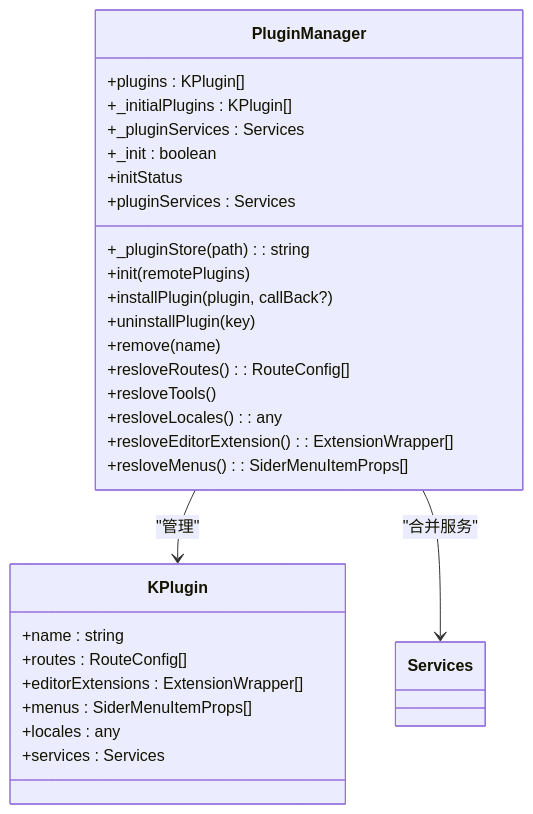
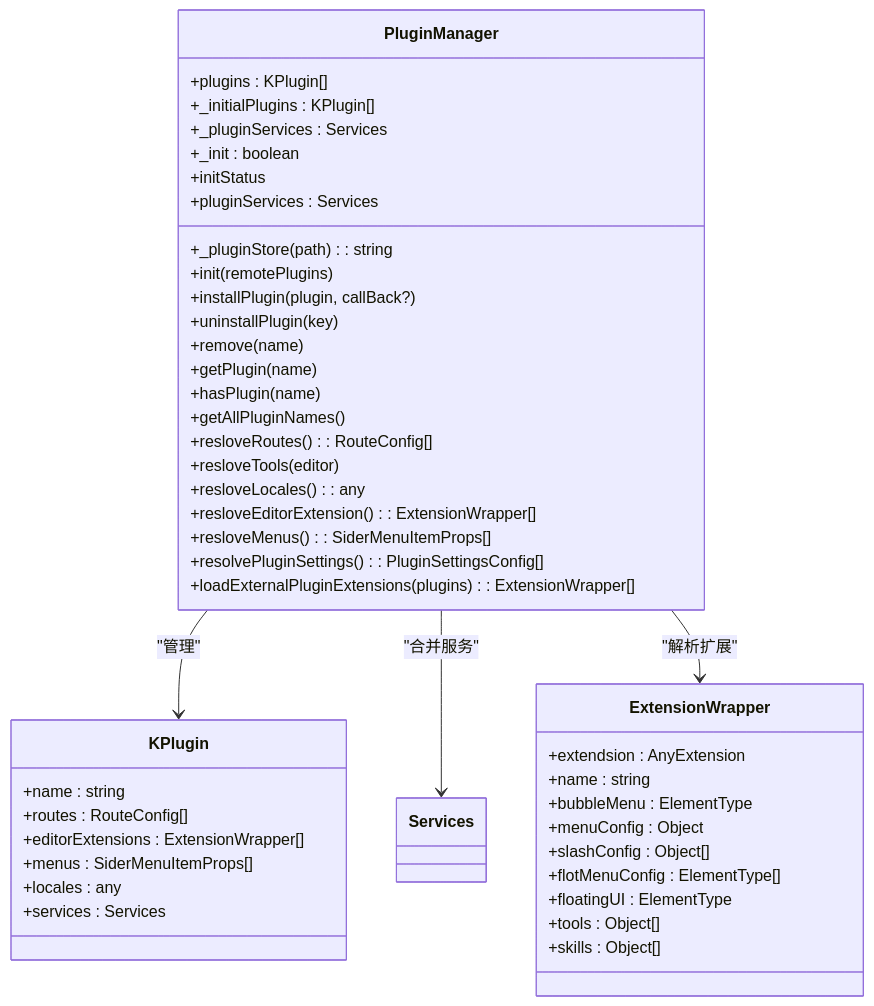
Before and after one commit to LRF0422/Kotion: the third of 8 diagrams in .qoder/repowiki/zh/content/架构设计/插件系统架构/插件管理器核心.md, drawn with Mermaid. The commit also changed other lines of this file and 75 other files, not shown here.

````diff
--- a/.qoder/repowiki/zh/content/架构设计/插件系统架构/插件管理器核心.md
+++ b/.qoder/repowiki/zh/content/架构设计/插件系统架构/插件管理器核心.md
@@ -187,33 +219,50 @@
 ```mermaid
 classDiagram
 class KPlugin {
 +name : string
 +routes : RouteConfig[]
 +editorExtensions : ExtensionWrapper[]
 +menus : SiderMenuItemProps[]
 +locales : any
 +services : Services
 }
 class PluginManager {
 +plugins : KPlugin[]
 +_initialPlugins : KPlugin[]
 +_pluginServices : Services
 +_pluginStore(path) : string
 +_init : boolean
 +init(remotePlugins)
 +installPlugin(plugin, callBack?)
 +uninstallPlugin(key)
 +remove(name)
++getPlugin(name)
++hasPlugin(name)
++getAllPluginNames()
 +initStatus
 +resloveRoutes() : RouteConfig[]
-+resloveTools()
++resloveTools(editor)
 +resloveLocales() : any
 +resloveEditorExtension() : ExtensionWrapper[]
 +resloveMenus() : SiderMenuItemProps[]
++resolvePluginSettings() : PluginSettingsConfig[]
++loadExternalPluginExtensions(plugins) : ExtensionWrapper[]
 +pluginServices : Services
 }
 class Services {
 }
+class ExtensionWrapper {
++extendsion : AnyExtension
++name : string
++bubbleMenu : ElementType
++menuConfig : Object
++slashConfig : Object[]
++flotMenuConfig : ElementType[]
++floatingUI : ElementType
++tools : Object[]
++skills : Object[]
+}
 PluginManager --> KPlugin : "管理"
 PluginManager --> Services : "合并服务"
+PluginManager --> ExtensionWrapper : "解析扩展"
 ```
````
